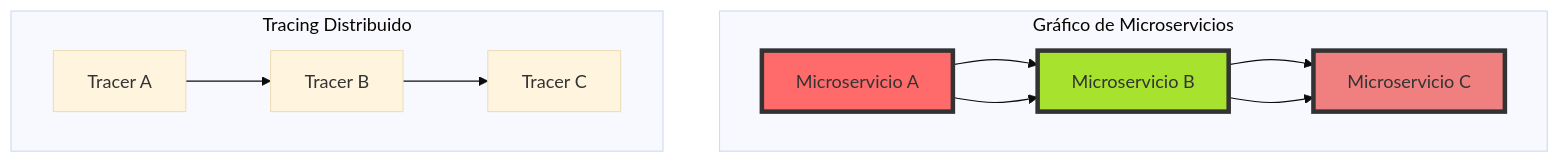
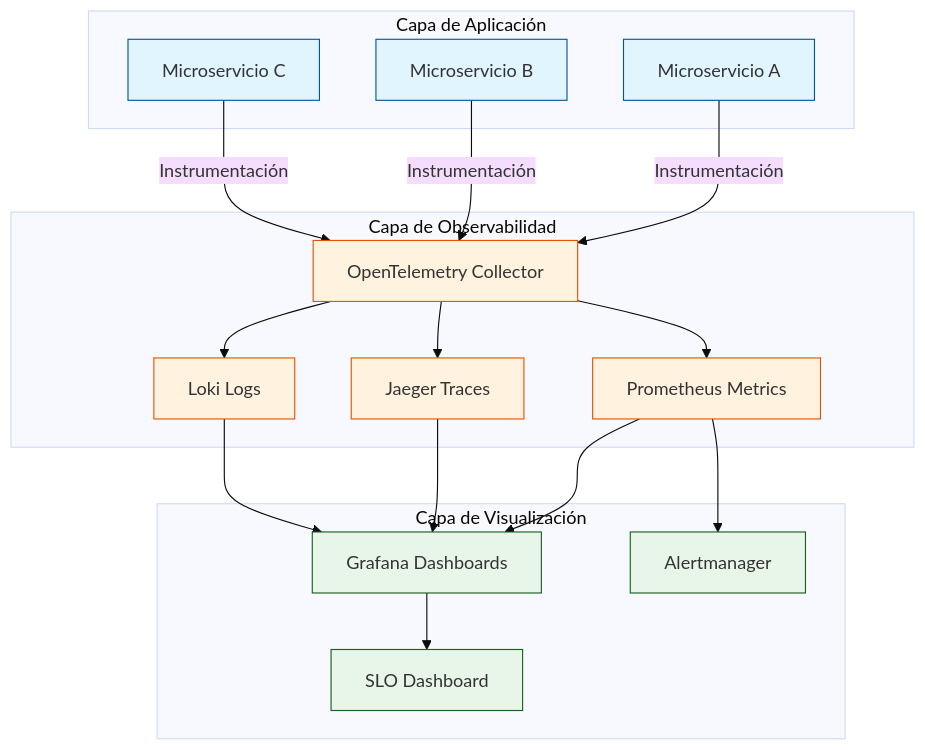
Before and after one commit to Joaquinriosheredia/DAM-Java-Mastery: the first of 7 diagrams in _Review/anti_patrones_de_observabilidad_en_microservicios/anti_patrones_de_observabilidad_en_microservicios.md, drawn with Mermaid (base theme). The commit also changed other lines of this file, not shown here.

Commit message:
anti_patrones_de_observabilidad_en_microservicios

````diff
--- a/_Review/anti_patrones_de_observabilidad_en_microservicios/anti_patrones_de_observabilidad_en_microservicios.md
+++ b/_Review/anti_patrones_de_observabilidad_en_microservicios/anti_patrones_de_observabilidad_en_microservicios.md
@@ -171,18 +55,34 @@
 ```mermaid
 graph TD
-    A[Microservicio A] --> B[Microservicio B]
-    B --> C[Microservicio C]
-    style A fill:#ff6b6b,stroke:#333,stroke-width:4px;
-    style B fill:#a6e22e,stroke:#333,stroke-width:4px;
-    style C fill:#f08080,stroke:#333,stroke-width:4px;
-
-    subgraph Gráfico de Microservicios
-        A --> B
-        B --> C
+    subgraph "Capa de Aplicación"
+        MS1[Microservicio A]
+        MS2[Microservicio B]
+        MS3[Microservicio C]
     end
-
-    subgraph Tracing Distribuido
-        D[Tracer A] --> E[Tracer B]
-        E --> F[Tracer C]
+    
+    subgraph "Capa de Observabilidad"
+        OT[OpenTelemetry Collector]
+        MET[Prometheus Metrics]
+        TRC[Jaeger Traces]
+        LOG[Loki Logs]
     end
+    
+    subgraph "Capa de Visualización"
+        GRA[Grafana Dashboards]
+        ALT[Alertmanager]
+        SLO[SLO Dashboard]
+    end
+    
+    MS1 & MS2 & MS3 -->|Instrumentación| OT
+    OT --> MET & TRC & LOG
+    MET & TRC & LOG --> GRA
+    MET --> ALT
+    GRA --> SLO
+    
+    classDef app fill:#e1f5fe,stroke:#01579b;
+    classDef obs fill:#fff3e0,stroke:#e65100;
+    classDef viz fill:#e8f5e9,stroke:#1b5e20;
+    class MS1,MS2,MS3 app;
+    class OT,MET,TRC,LOG obs;
+    class GRA,ALT,SLO viz;
 ```
````
